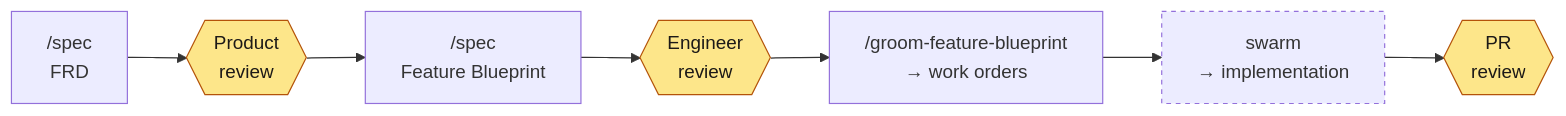
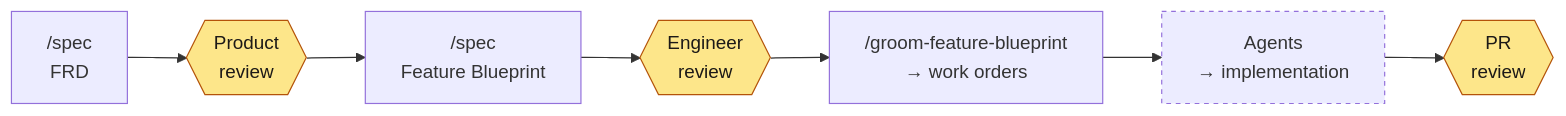
Before and after one commit to brettcallaghan/specs: the diagram in README.md, drawn with Mermaid. The commit also changed other lines of this file and 1 other file, not shown here.

First line of the commit message:
Correct stale README claims, remove swarm references, add MIT license (#51)

````diff
--- a/README.md
+++ b/README.md
@@ -51,14 +51,14 @@
 ```mermaid
 flowchart LR
     A["/spec<br/>FRD"] --> B{{"Product<br/>review"}}
     B --> C["/spec<br/>Feature Blueprint"]
     C --> D{{"Engineer<br/>review"}}
     D --> E["/groom-feature-blueprint<br/>→ work orders"]
-    E --> F["swarm<br/>→ implementation"]
+    E --> F["Agents<br/>→ implementation"]
     F --> G{{"PR<br/>review"}}
 
     style B fill:#fde68a,stroke:#b45309,color:#1c1917
     style D fill:#fde68a,stroke:#b45309,color:#1c1917
     style G fill:#fde68a,stroke:#b45309,color:#1c1917
     style F stroke-dasharray: 4 4
 ```
````
